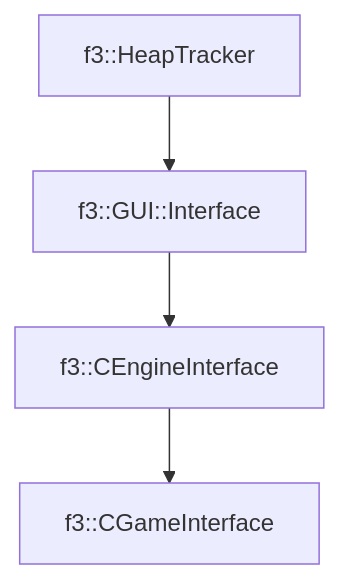
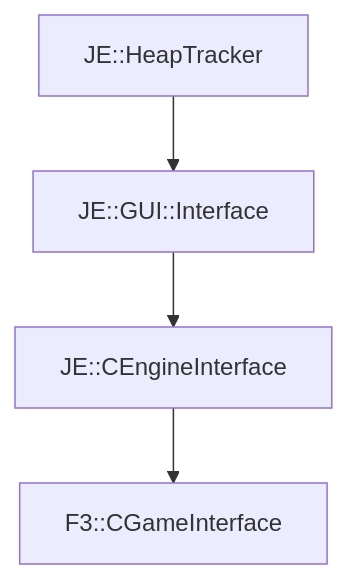
The diagram in docs/f3/CGameInterface.md (OpenJE/openvb), drawn with Mermaid before and after one commit. The commit also changed other lines of this file and 1399 other files, not shown here.

````diff
--- a/docs/f3/CGameInterface.md
+++ b/docs/f3/CGameInterface.md
@@ -18,6 +18,6 @@
 ```mermaid
 graph TD;
-    f3::HeapTracker --> f3::GUI::Interface
-    f3::GUI::Interface --> f3::CEngineInterface
-    f3::CEngineInterface --> f3::CGameInterface
+    JE::HeapTracker --> JE::GUI::Interface
+    JE::GUI::Interface --> JE::CEngineInterface
+    JE::CEngineInterface --> F3::CGameInterface
 ```
````
